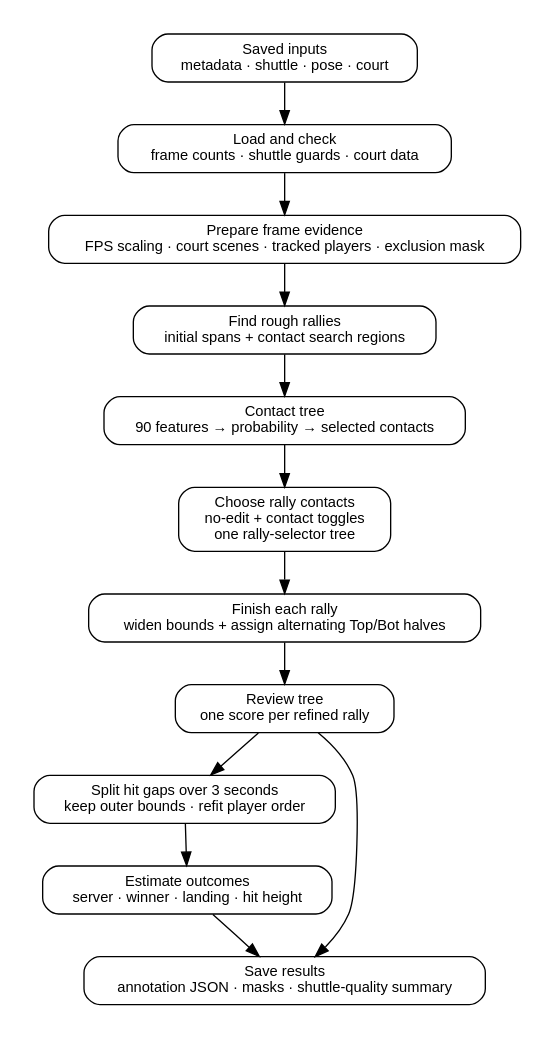
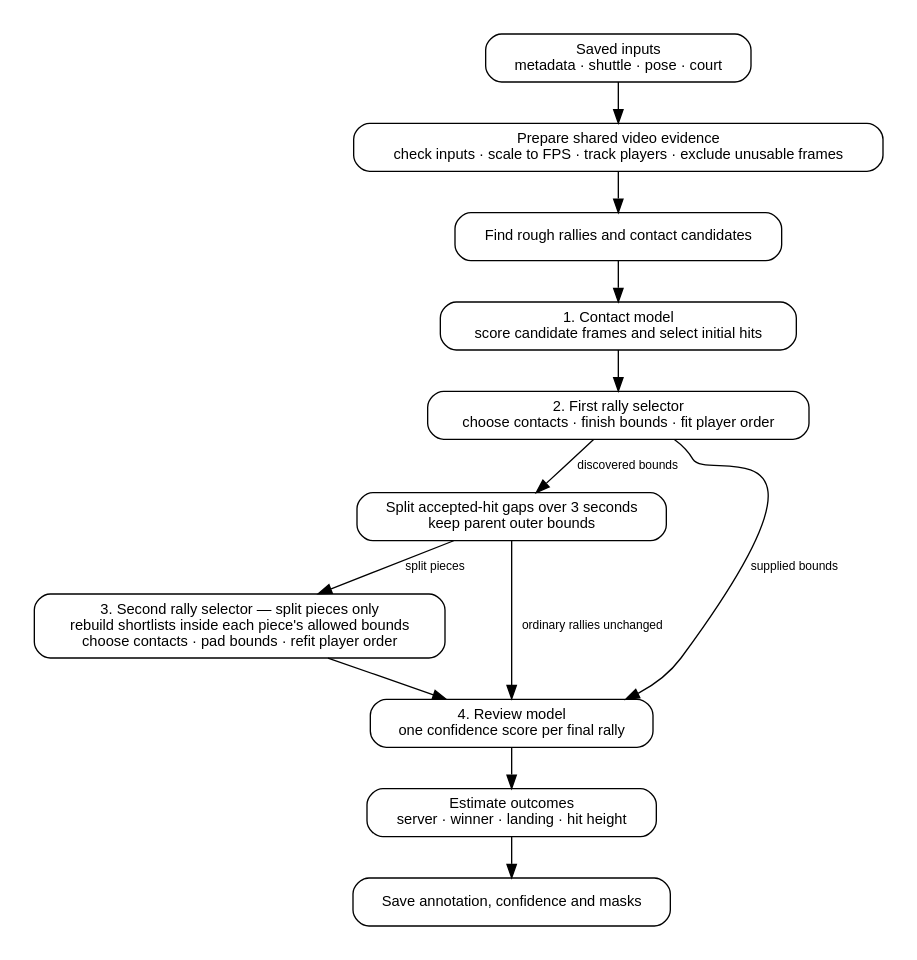
One commit to ahalp90/badminton_cv_annotator changed the diagram in docs/annotator/figures/architecture.dot. Above: the diagram before and after it, drawn with Graphviz. The commit also changed 145 other files, not shown here.

First line of the commit message:
Use a trained selector to correct split rallies

```diff
--- a/docs/annotator/figures/architecture.dot
+++ b/docs/annotator/figures/architecture.dot
@@ -1,20 +1,23 @@
 digraph annotator {
-  graph [rankdir=TB, pad="0.25", nodesep="0.35", ranksep="0.45", bgcolor="white"];
+  graph [rankdir=TB, pad="0.25", nodesep="0.35", ranksep="0.4", bgcolor="white"];
   node [shape=box, style="rounded", fontname="Helvetica", fontsize=11, margin="0.12,0.08"];
   edge [fontname="Helvetica", fontsize=9];
 
   inputs [label="Saved inputs\nmetadata · shuttle · pose · court"];
-  validate [label="Load and check\nframe counts · shuttle guards · court data"];
-  prep [label="Prepare frame evidence\nFPS scaling · court scenes · tracked players · exclusion mask"];
-  rough [label="Find rough rallies\ninitial spans + contact search regions"];
-  contact [label="Contact tree\n90 features → probability → selected contacts"];
-  seq [label="Choose rally contacts\nno-edit + contact toggles\none rally-selector tree"];
-  finish [label="Finish each rally\nwiden bounds + assign alternating Top/Bot halves"];
+  prep [label="Prepare shared video evidence\ncheck inputs · scale to FPS · track players · exclude unusable frames"];
+  rough [label="Find rough rallies and contact candidates"];
+  contact [label="1. Contact model\nscore candidate frames and select initial hits"];
+  first [label="2. First rally selector\nchoose contacts · finish bounds · fit player order"];
+  split [label="Split accepted-hit gaps over 3 seconds\nkeep parent outer bounds"];
+  second [label="3. Second rally selector — split pieces only\nrebuild shortlists inside each piece's allowed bounds\nchoose contacts · pad bounds · refit player order"];
+  review [label="4. Review model\none confidence score per final rally"];
   outcomes [label="Estimate outcomes\nserver · winner · landing · hit height"];
-  confidence [label="Review tree\none score per refined rally"];
-  split [label="Split hit gaps over 3 seconds\nkeep outer bounds · refit player order"];
-  persist [label="Save results\nannotation JSON · masks · shuttle-quality summary"];
+  save [label="Save annotation, confidence and masks"];
 
-  inputs -> validate -> prep -> rough -> contact -> seq -> finish -> confidence -> split -> outcomes -> persist;
-  confidence -> persist;
+  inputs -> prep -> rough -> contact -> first;
+  first -> split [label="discovered bounds"];
+  split -> second [label="split pieces"];
+  split -> review [label="ordinary rallies unchanged"];
+  first -> review [label="supplied bounds"];
+  second -> review -> outcomes -> save;
 }
```
